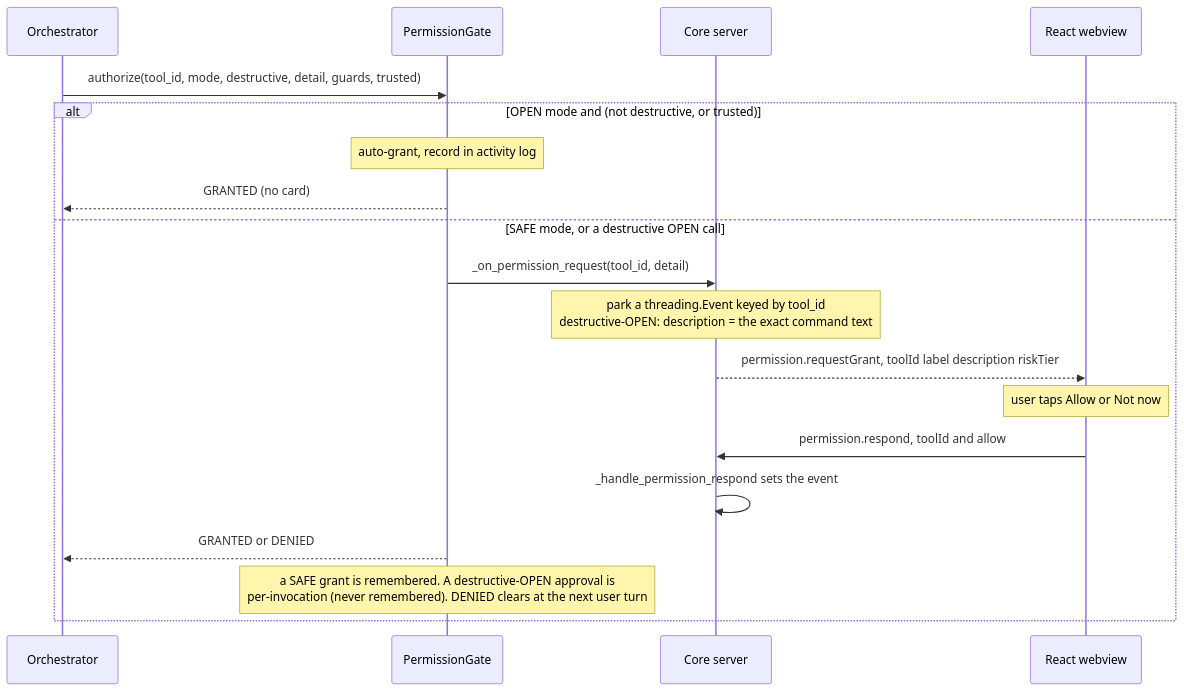
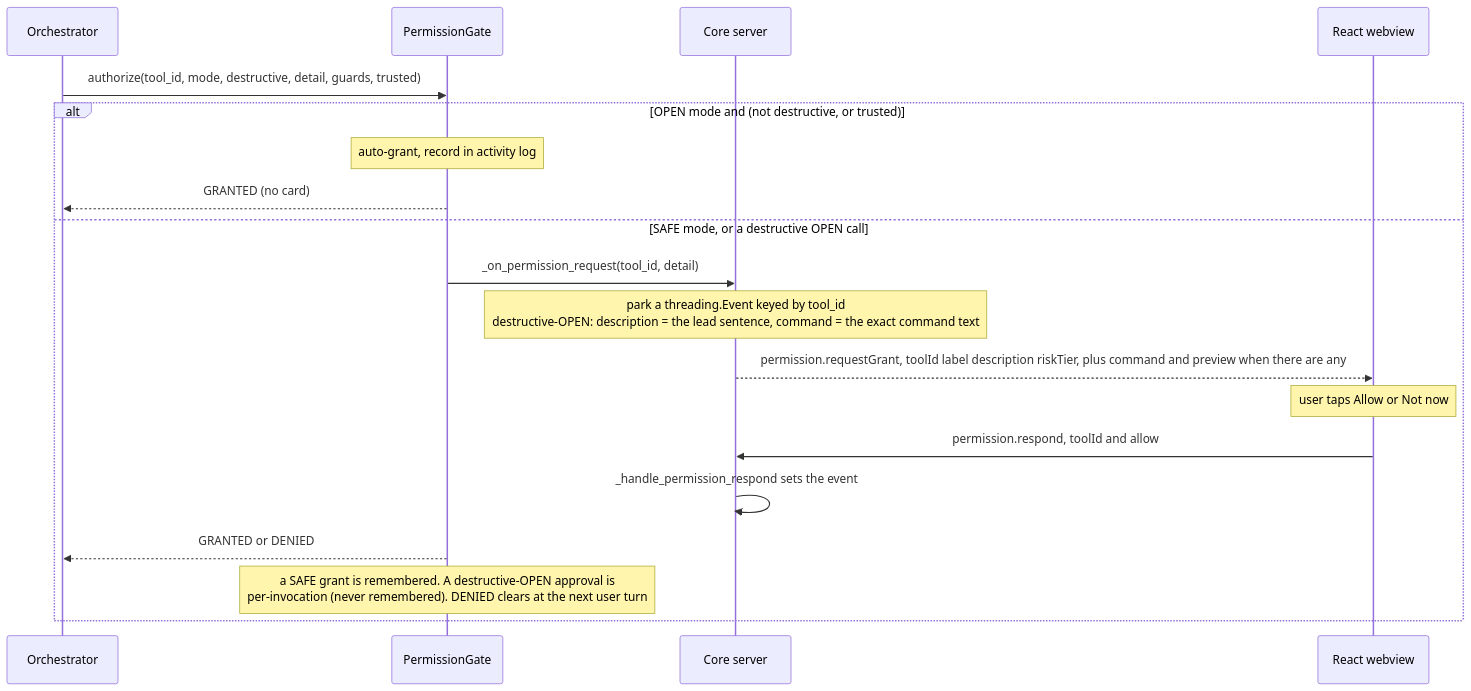
One commit to N041M/Addison changed the second of 17 diagrams in docs/flows.md. Above: the diagram before and after it, drawn with Mermaid. The commit also changed 7 other files, not shown here.

````diff
--- a/docs/flows.md
+++ b/docs/flows.md
@@ -98,22 +98,22 @@
 ```mermaid
 sequenceDiagram
     participant ORC as Orchestrator
     participant PG as PermissionGate
     participant SRV as Core server
     participant WV as React webview
 
     ORC->>PG: authorize(tool_id, mode, destructive, detail, guards, trusted)
     alt OPEN mode and (not destructive, or trusted)
         Note over PG: auto-grant, record in activity log
         PG-->>ORC: GRANTED (no card)
     else SAFE mode, or a destructive OPEN call
         PG->>SRV: _on_permission_request(tool_id, detail)
-        Note over SRV: park a threading.Event keyed by tool_id<br/>destructive-OPEN: description = the exact command text
-        SRV-->>WV: permission.requestGrant, toolId label description riskTier
+        Note over SRV: park a threading.Event keyed by tool_id<br/>destructive-OPEN: description = the lead sentence, command = the exact command text
+        SRV-->>WV: permission.requestGrant, toolId label description riskTier, plus command and preview when there are any
         Note over WV: user taps Allow or Not now
         WV->>SRV: permission.respond, toolId and allow
         SRV->>SRV: _handle_permission_respond sets the event
         PG-->>ORC: GRANTED or DENIED
         Note over PG: a SAFE grant is remembered. A destructive-OPEN approval is<br/>per-invocation (never remembered). DENIED clears at the next user turn
     end
 ```
````
